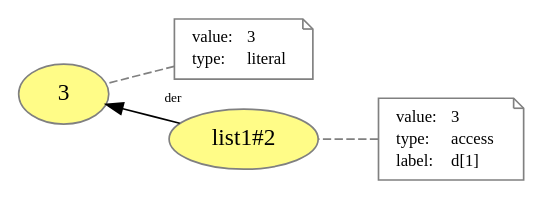
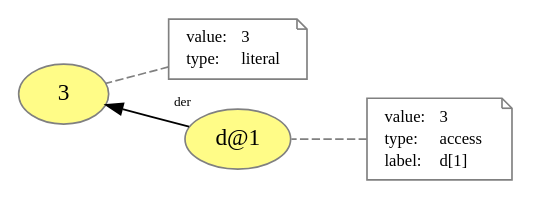
Before and after one commit to dew-uff/versioned-prov: the diagram in generated/plain_prov/query2.dot, drawn with Graphviz. The commit also changed 1178 other files, not shown here.

```diff
--- a/generated/plain_prov/query2.dot
+++ b/generated/plain_prov/query2.dot
@@ -1,31 +1,31 @@
 digraph "PROV" { size="16,12"; rankdir="RL";
-"http://example.org/list1#2" [fillcolor="#FFFC87",color="#808080",style="filled",label="list1#2",URL="http://example.org/list1#2"]
+"http://example.org/d@1" -> "http://example.org/3" [labelfontsize="8",labeldistance="1.5",labelangle="60.0",rotation="20",taillabel="der"]
+"http://example.org/d@1" [fillcolor="#FFFC87",color="#808080",style="filled",label="d@1",URL="http://example.org/d@1"]
 "-attrs0" [color="gray",shape="note",fontsize="10",fontcolor="black",label=<<TABLE cellpadding="0" border="0">
 	<TR>
 	    <TD align="left">value:</TD>
 	    <TD align="left">3</TD>
 	</TR>
 	<TR>
 	    <TD align="left">type:</TD>
 	    <TD align="left">access</TD>
 	</TR>
 	<TR>
 	    <TD align="left">label:</TD>
 	    <TD align="left">d[1]</TD>
 	</TR>
 </TABLE>>]
-"-attrs0" -> "http://example.org/list1#2" [color="gray",style="dashed",arrowhead="none"]
-"http://example.org/list1#2" -> "http://example.org/3" [labelfontsize="8",labeldistance="1.5",labelangle="60.0",rotation="20",taillabel="der"]
+"-attrs0" -> "http://example.org/d@1" [color="gray",style="dashed",arrowhead="none"]
 "http://example.org/3" [fillcolor="#FFFC87",color="#808080",style="filled",label="3",URL="http://example.org/3"]
 "-attrs1" [color="gray",shape="note",fontsize="10",fontcolor="black",label=<<TABLE cellpadding="0" border="0">
 	<TR>
 	    <TD align="left">value:</TD>
 	    <TD align="left">3</TD>
 	</TR>
 	<TR>
 	    <TD align="left">type:</TD>
 	    <TD align="left">literal</TD>
 	</TR>
 </TABLE>>]
 "-attrs1" -> "http://example.org/3" [color="gray",style="dashed",arrowhead="none"]
 }
```
